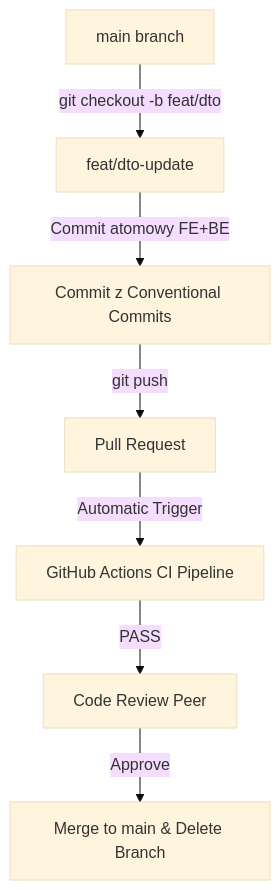
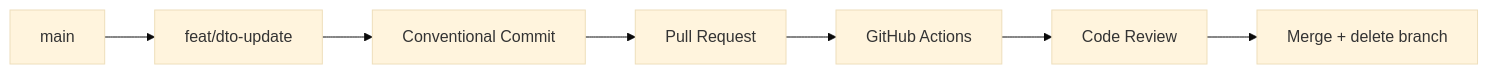
The diagram in 90_Meta/lessons/1.3/1.3-repo-monorepo-git-workflow.md (lMamacl/Vaultie), drawn with Mermaid (base theme) before and after one commit. The commit also changed other lines of this file and 14 other files, not shown here.

````diff
--- a/90_Meta/lessons/1.3/1.3-repo-monorepo-git-workflow.md
+++ b/90_Meta/lessons/1.3/1.3-repo-monorepo-git-workflow.md
@@ -71,9 +116,9 @@
 ```mermaid
-flowchart TD
-  Main[main branch] -->|git checkout -b feat/dto| Branch[feat/dto-update]
-  Branch -->|Commit atomowy FE+BE| Commit[Commit z Conventional Commits]
-  Commit -->|git push| PR[Pull Request]
-  PR -->|Automatic Trigger| CI[GitHub Actions CI Pipeline]
-  CI -->|PASS| Review[Code Review Peer]
-  Review -->|Approve| Merge[Merge to main & Delete Branch]
+flowchart LR
+  Main[main] --> Branch[feat/dto-update]
+  Branch --> Commit[Conventional Commit]
+  Commit --> PR[Pull Request]
+  PR --> CI[GitHub Actions]
+  CI --> Review[Code Review]
+  Review --> Merge[Merge + delete branch]
 ```
````
